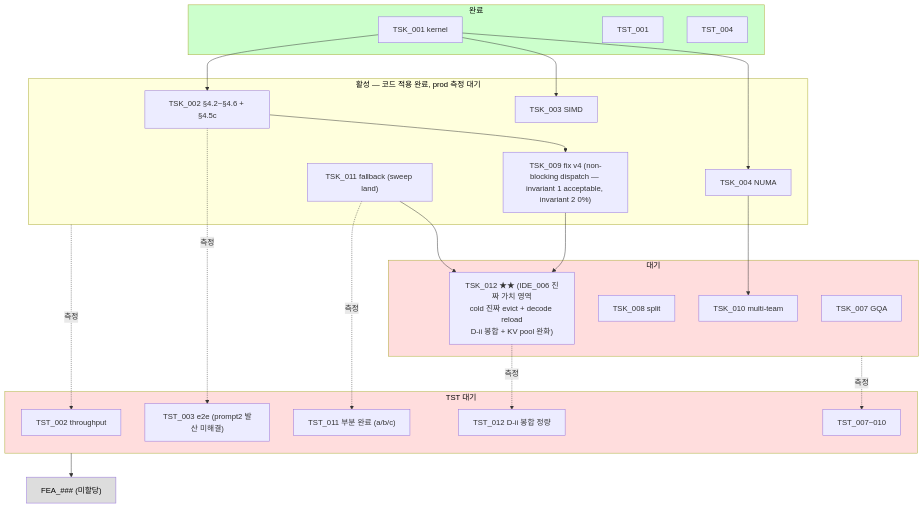
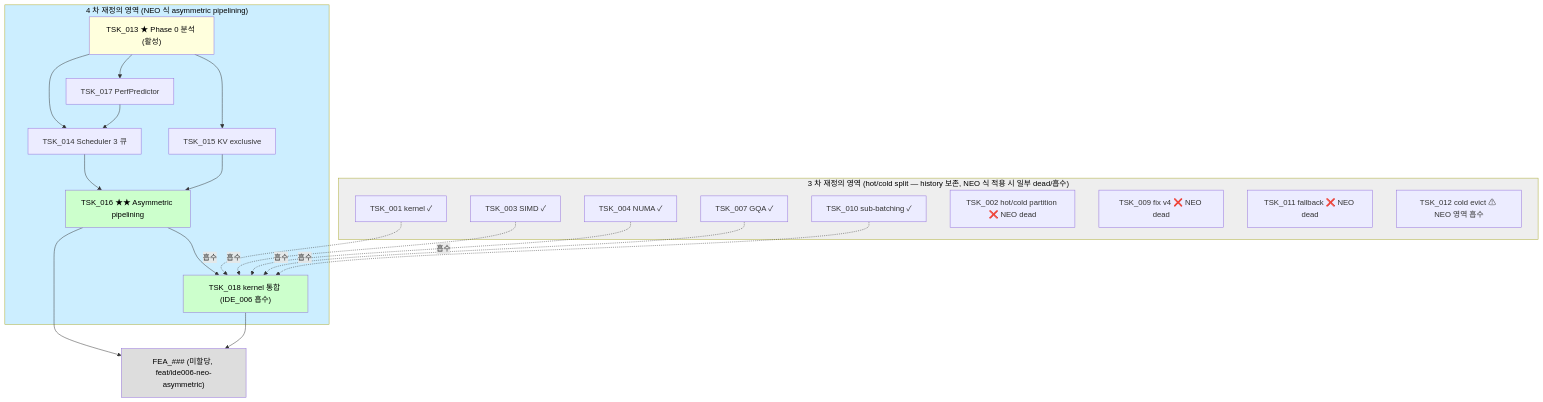
The second of 2 diagrams in shadow_assists/features/IDE_006/README.md (mystous/vllm_hybrid), drawn with Mermaid before and after one commit. The commit also changed other lines of this file and 11 other files, not shown here.

First line of the commit message:
docs(IDE_006): TSK_014~018 / TST_014~018 신규 발급 — NEO 식 architecture 5 개 적재 TSK

````diff
--- a/shadow_assists/features/IDE_006/README.md
+++ b/shadow_assists/features/IDE_006/README.md
@@ -309,49 +319,48 @@
 ```mermaid
 flowchart TB
-    subgraph DONE["완료"]
-        T1["TSK_001 kernel"]
-        TT1["TST_001"]
-        TT4["TST_004"]
+    subgraph IDE006_LEGACY["3 차 재정의 영역 (hot/cold split — history 보존, NEO 식 적용 시 일부 dead/흡수)"]
+        T1["TSK_001 kernel ✓"]
+        T3["TSK_003 SIMD ✓"]
+        T4["TSK_004 NUMA ✓"]
+        T7["TSK_007 GQA ✓"]
+        T10["TSK_010 sub-batching ✓"]
+        T2["TSK_002 hot/cold partition ❌ NEO dead"]
+        T9["TSK_009 fix v4 ❌ NEO dead"]
+        T11["TSK_011 fallback ❌ NEO dead"]
+        T12["TSK_012 cold evict ⚠ NEO 영역 흡수"]
     end
-    subgraph ACTIVE["활성 — 코드 적용 완료, prod 측정 대기"]
-        T2["TSK_002 §4.2~§4.6 + §4.5c"]
-        T3["TSK_003 SIMD"]
-        T4["TSK_004 NUMA"]
-        T9["TSK_009 fix v4 (non-blocking dispatch — invariant 1 acceptable, invariant 2 0%)"]
-        T11["TSK_011 fallback (sweep land)"]
+
+    subgraph IDE006_NEO["4 차 재정의 영역 (NEO 식 asymmetric pipelining)"]
+        T13["TSK_013 ★ Phase 0 분석 (활성)"]
+        T17["TSK_017 PerfPredictor"]
+        T15["TSK_015 KV exclusive"]
+        T14["TSK_014 Scheduler 3 큐"]
+        T16["TSK_016 ★★ Asymmetric pipelining"]
+        T18["TSK_018 kernel 통합 (IDE_006 흡수)"]
     end
-    subgraph WAIT_TSK["대기"]
-        T7["TSK_007 GQA"]
-        T8["TSK_008 split"]
-        T10["TSK_010 multi-team"]
-        T12["TSK_012 ★★ (IDE_006 진짜 가치 영역<br/>cold 진짜 evict + decode reload<br/>D-ii 봉합 + KV pool 완화)"]
-    end
-    subgraph WAIT_TST["TST 대기"]
-        TT2["TST_002 throughput"]
-        TT3["TST_003 e2e (prompt2 발산 미해결)"]
-        TT11["TST_011 부분 완료 (a/b/c)"]
-        TT12["TST_012 D-ii 봉합 정량"]
-        TT_OTHER["TST_007~010"]
-    end
-    FEA["FEA_### (미할당)"]
 
-    T1 --> T2
-    T1 --> T3
-    T1 --> T4
-    T2 --> T9
-    T4 --> T10
-    T11 --> T12
-    T9 --> T12
-    ACTIVE -.측정.-> TT2
-    T2 -.측정.-> TT3
-    T11 -.측정.-> TT11
-    T12 -.측정.-> TT12
-    WAIT_TSK -.측정.-> TT_OTHER
-    WAIT_TST --> FEA
+    T13 --> T14
+    T13 --> T15
+    T13 --> T17
+    T17 --> T14
+    T14 --> T16
+    T15 --> T16
+    T16 --> T18
 
-    style DONE fill:#cfc,color:#000
-    style ACTIVE fill:#ffd,color:#000
-    style WAIT_TSK fill:#fdd,color:#000
-    style WAIT_TST fill:#fdd,color:#000
+    T1 -.흡수.-> T18
+    T3 -.흡수.-> T18
+    T4 -.흡수.-> T18
+    T7 -.흡수.-> T18
+    T10 -.흡수.-> T18
+
+    FEA["FEA_### (미할당, feat/ide006-neo-asymmetric)"]
+    T16 --> FEA
+    T18 --> FEA
+
+    style IDE006_LEGACY fill:#eee,color:#000
+    style IDE006_NEO fill:#cef,color:#000
+    style T13 fill:#ffd,color:#000
+    style T16 fill:#cfc,color:#000
+    style T18 fill:#cfc,color:#000
     style FEA fill:#ddd,color:#000
 ```
````
